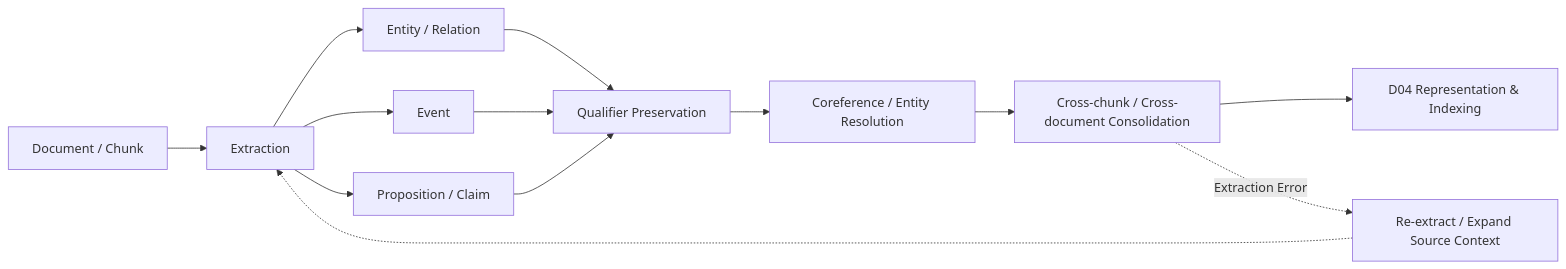
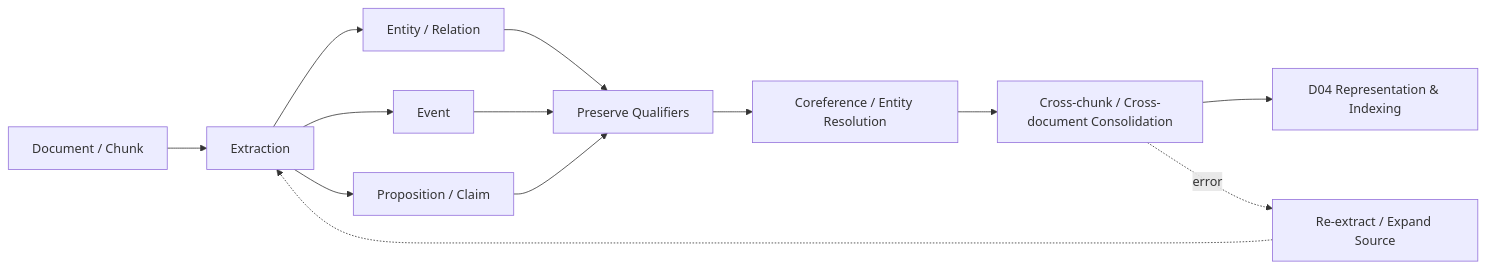
Before and after one commit to Cycl0n3-ga/RAG-survey: the diagram in 02 - 研究領域專題 (Research Domains)/Domain 03 - Knowledge Extraction & Information Preservation.md, drawn with Mermaid. The commit also changed other lines of this file and 1 other file, not shown here.

````diff
--- a/02 - 研究領域專題 (Research Domains)/Domain 03 - Knowledge Extraction & Information Preservation.md
+++ b/02 - 研究領域專題 (Research Domains)/Domain 03 - Knowledge Extraction & Information Preservation.md
@@ -20,15 +15,15 @@
 ```mermaid
 flowchart LR
     SRC["Document / Chunk"] --> IE["Extraction"]
-    IE --> ENT["Entity / Relation"]
-    IE --> EVT["Event"]
-    IE --> PROP["Proposition / Claim"]
-    ENT --> QUAL["Qualifier Preservation"]
-    EVT --> QUAL
-    PROP --> QUAL
-    QUAL --> RES["Coreference / Entity Resolution"]
+    IE --> ER["Entity / Relation"]
+    IE --> EV["Event"]
+    IE --> PC["Proposition / Claim"]
+    ER --> Q["Preserve Qualifiers"]
+    EV --> Q
+    PC --> Q
+    Q --> RES["Coreference / Entity Resolution"]
     RES --> CONS["Cross-chunk / Cross-document Consolidation"]
     CONS --> D04["D04 Representation & Indexing"]
-    CONS -. "Extraction Error" .-> REPAIR["Re-extract / Expand Source Context"]
-    REPAIR -.-> IE
+    CONS -. "error" .-> REP["Re-extract / Expand Source"]
+    REP -.-> IE
 ```
````
